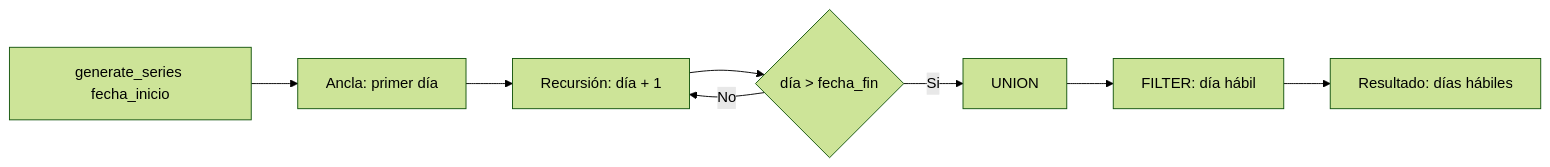
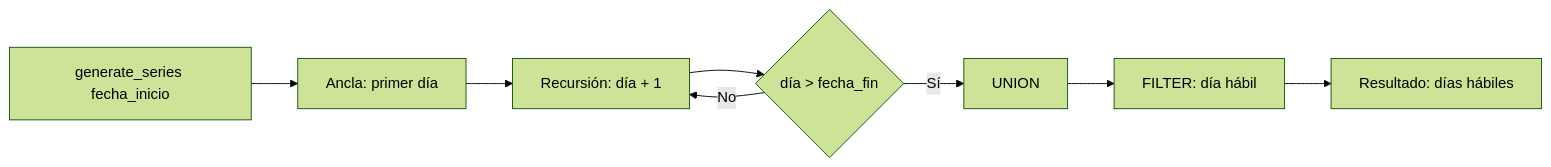
Before and after one commit to Slinkter/ApuntesSQL: diagram 13 of 50 in Lab/Lab01/Ejercicios/3.avanzado.md, drawn with Mermaid (forest theme). The commit also changed other lines of this file and 7 other files, not shown here.

````diff
--- a/Lab/Lab01/Ejercicios/3.avanzado.md
+++ b/Lab/Lab01/Ejercicios/3.avanzado.md
@@ -613,10 +717,10 @@
 ```mermaid
 flowchart LR
     GS[generate_series fecha_inicio] --> A[Ancla: primer día]
     A --> R[Recursión: día + 1]
     R --> CHECK{día > fecha_fin}
     CHECK -->|No| R
-    CHECK -->|Si| UNION
+    CHECK -->|Sí| UNION
     UNION --> F[FILTER: día hábil]
     F --> OUT[Resultado: días hábiles]
 ```
````
